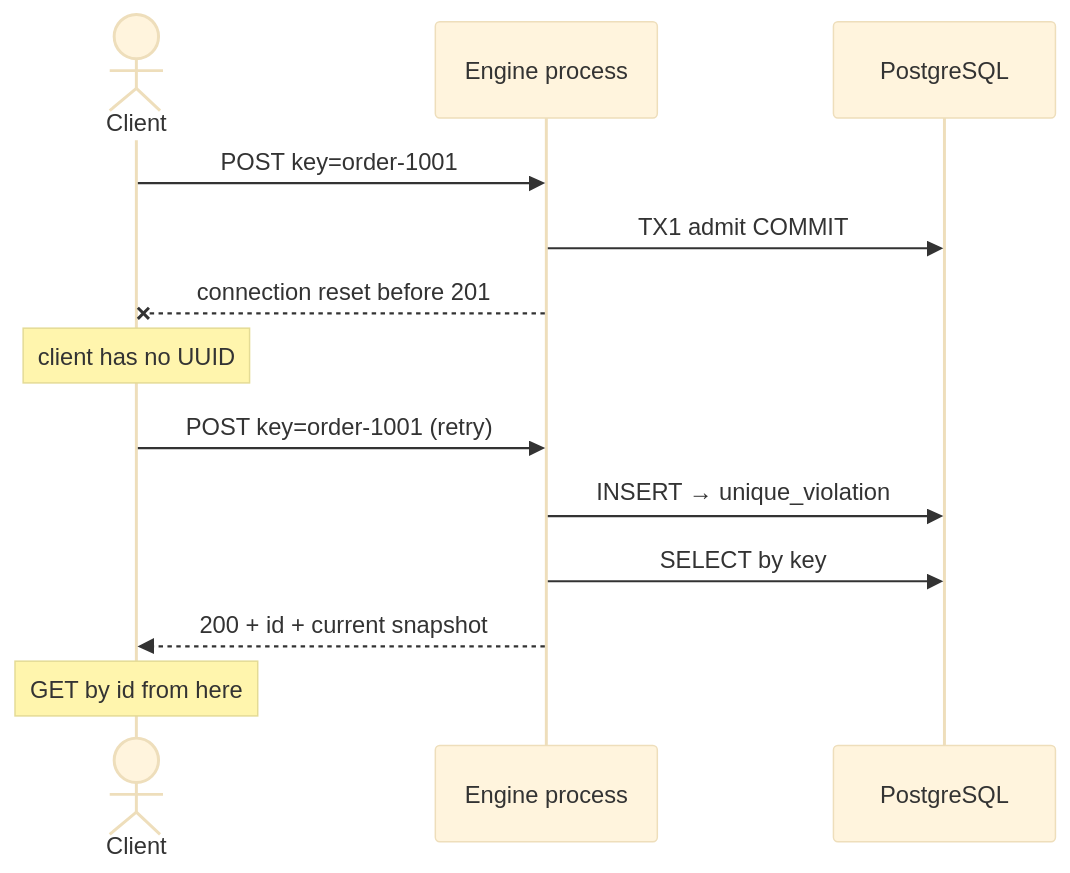
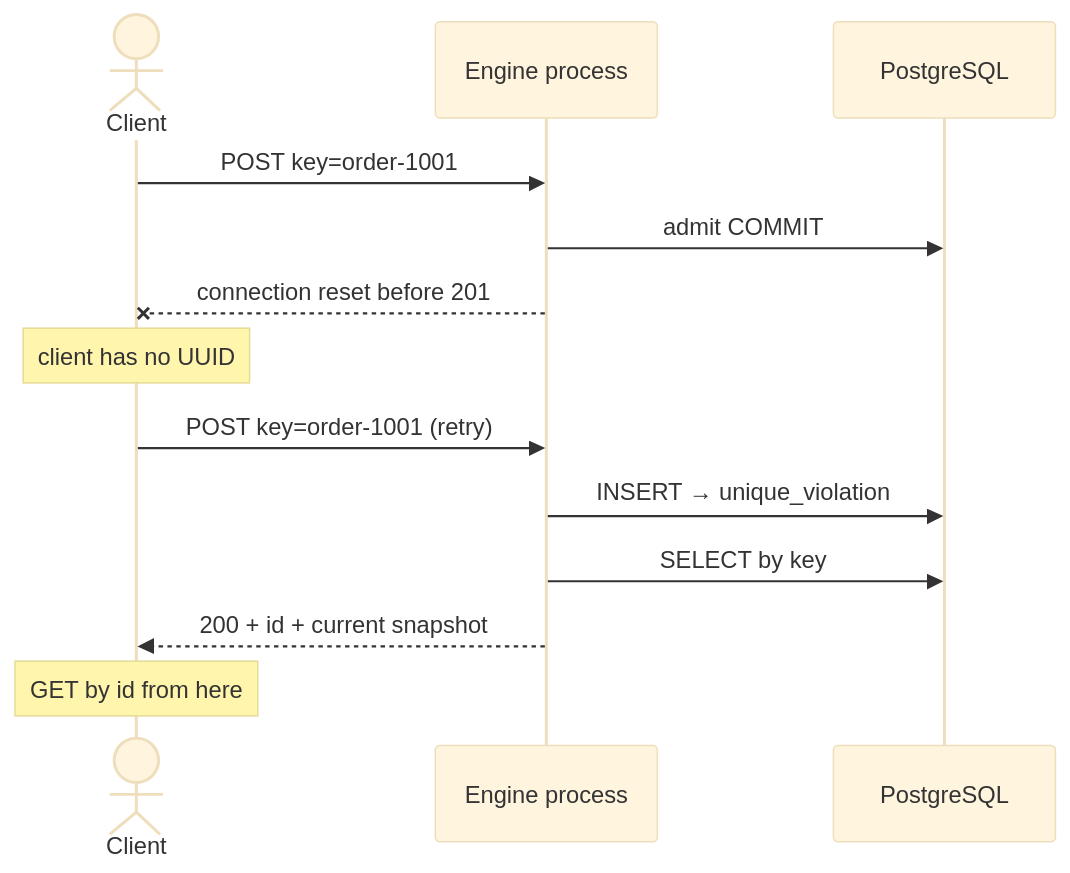
Before and after one commit to ganeshpc/distributed-workflow-engine: the seventh of 9 diagrams in docs/architecture.md, drawn with Mermaid (base theme). The commit also changed other lines of this file and 21 other files, not shown here.

````diff
--- a/docs/architecture.md
+++ b/docs/architecture.md
@@ -850,16 +861,16 @@
 ```mermaid
 sequenceDiagram
   actor Client
   participant Eng as Engine process
   participant DB as PostgreSQL
 
   Client->>Eng: POST key=order-1001
-  Eng->>DB: TX1 admit COMMIT
+  Eng->>DB: admit COMMIT
   Eng--xClient: connection reset before 201
   Note over Client: client has no UUID
   Client->>Eng: POST key=order-1001 (retry)
   Eng->>DB: INSERT → unique_violation
   Eng->>DB: SELECT by key
   Eng-->>Client: 200 + id + current snapshot
   Note over Client: GET by id from here
 ```
````
